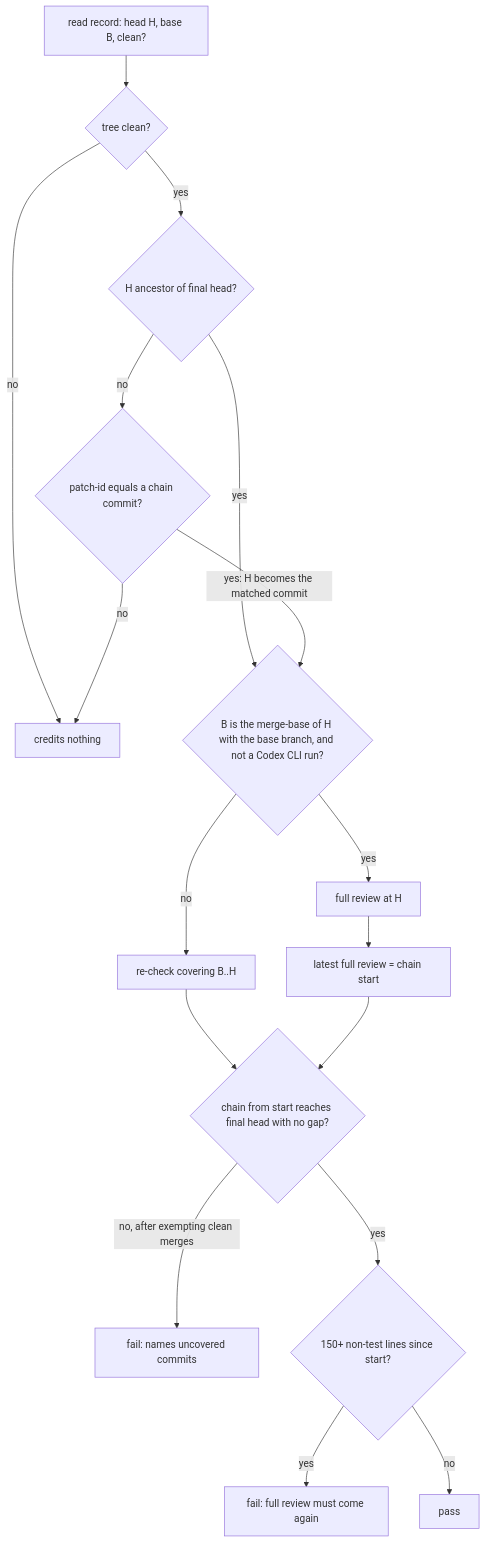
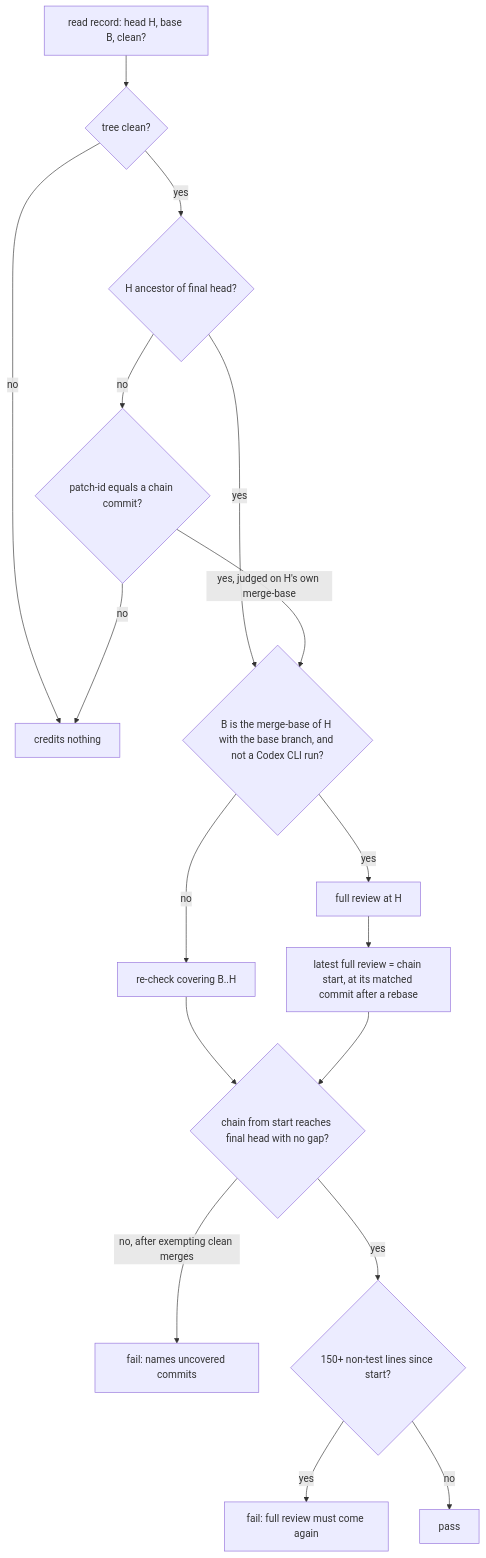
The second of 2 diagrams in docs/plans/2026-11-08-kod-44-merge-gate-plan.md (kodhama/grove), drawn with Mermaid before and after one commit. The commit also changed other lines of this file, not shown here.

First line of the commit message:
docs(plan): KOD-44 patch-id match judged on its own merge-base

````diff
--- a/docs/plans/2026-11-08-kod-44-merge-gate-plan.md
+++ b/docs/plans/2026-11-08-kod-44-merge-gate-plan.md
@@ -141,19 +141,19 @@
 ```mermaid
 flowchart TB
   R[read record: head H, base B, clean?] --> D{tree clean?}
   D -->|no| X[credits nothing]
   D -->|yes| A{H ancestor of final head?}
   A -->|yes| F{B is the merge-base of H with the base branch, and not a Codex CLI run?}
   A -->|no| P{patch-id equals a chain commit?}
   P -->|no| X
-  P -->|yes: H becomes the matched commit| F
+  P -->|yes, judged on H's own merge-base| F
   F -->|yes| FULL[full review at H]
   F -->|no| RC[re-check covering B..H]
-  FULL --> L[latest full review = chain start]
+  FULL --> L[latest full review = chain start, at its matched commit after a rebase]
   RC --> CH{chain from start reaches final head with no gap?}
   L --> CH
   CH -->|no, after exempting clean merges| FAIL[fail: names uncovered commits]
   CH -->|yes| N{150+ non-test lines since start?}
   N -->|yes| FAIL2[fail: full review must come again]
   N -->|no| PASS[pass]
 ```
````
